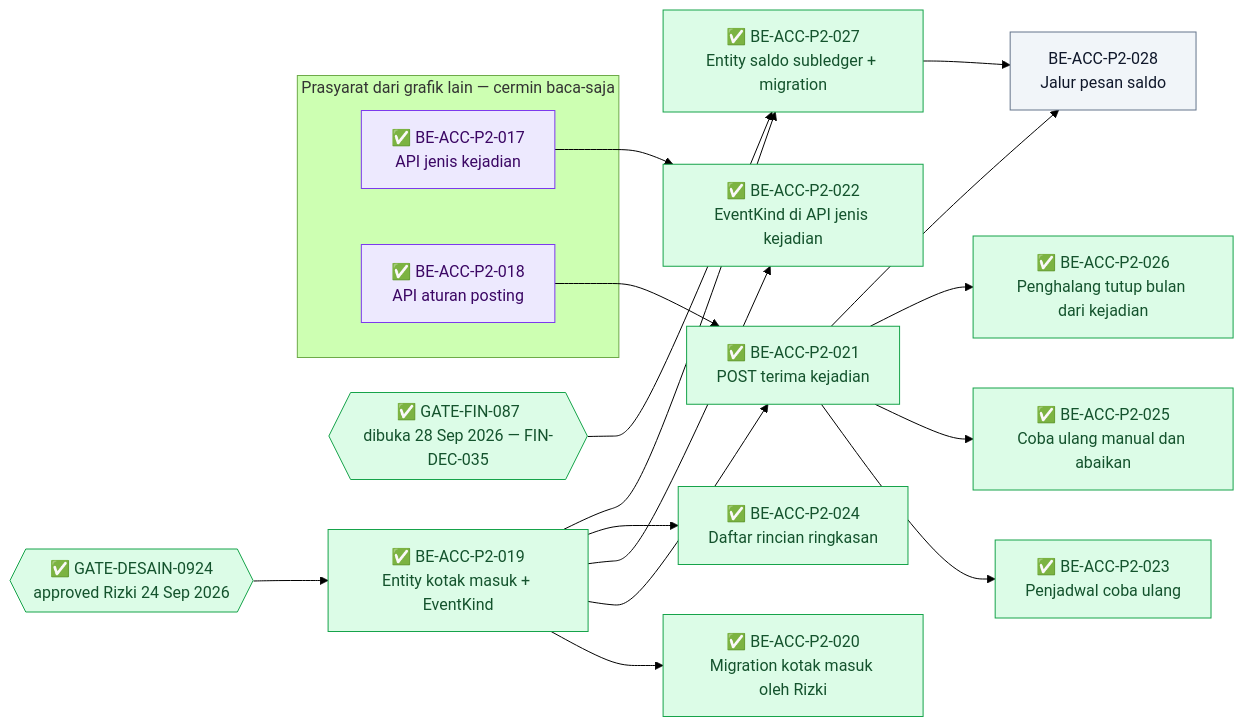
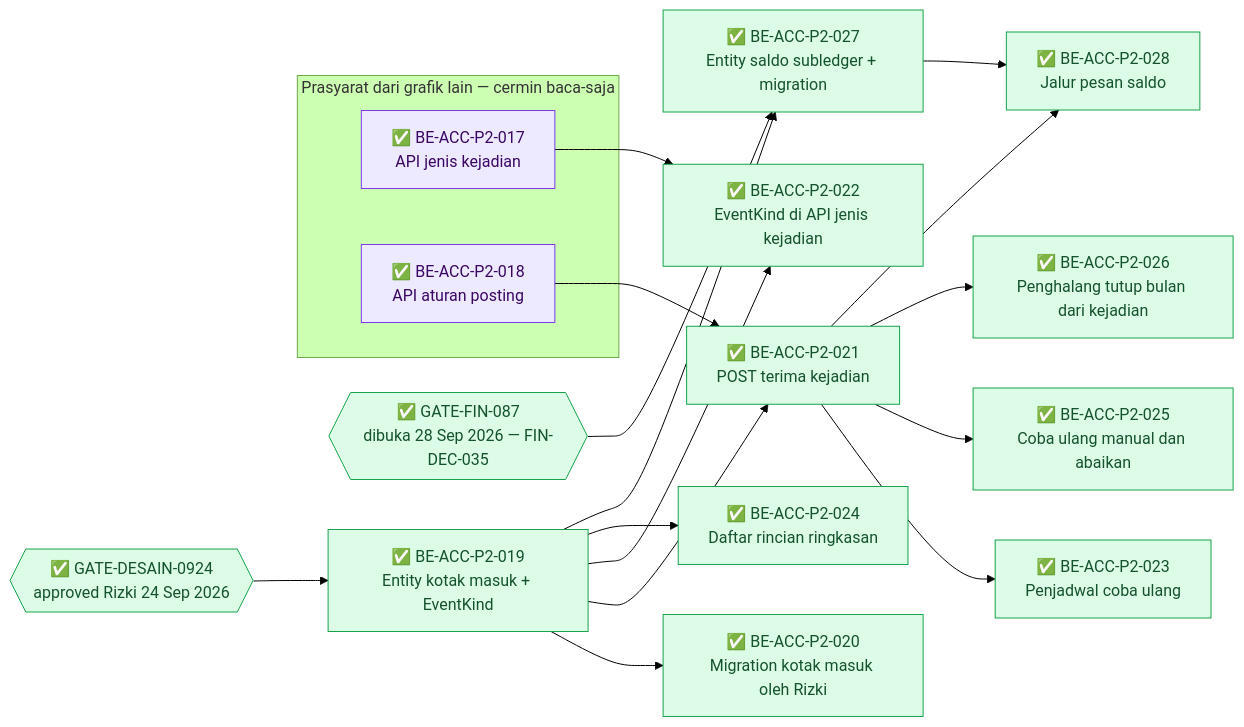
Before and after one commit to DevBenari/NewQuilvianSystemBackend: the fourth of 4 diagrams in docs/module-blueprints/accounting/roadmap/backend-roadmap-phase2.md, drawn with Mermaid (forest theme). The commit also changed other lines of this file and 9 other files, not shown here.

Commit message:
feat(accounting): BE-ACC-P2-028 jalur pesan saldo subledger selesai; roadmap BE rev5 / FE rev6

````diff
--- a/docs/module-blueprints/accounting/roadmap/backend-roadmap-phase2.md
+++ b/docs/module-blueprints/accounting/roadmap/backend-roadmap-phase2.md
@@ -696,42 +703,42 @@
 ```mermaid
 flowchart LR
     classDef selesai fill:#DCFCE7,stroke:#16A34A,color:#14532D
     classDef sebagian fill:#FEF9C3,stroke:#CA8A04,color:#713F12
     classDef terblokir fill:#FEE2E2,stroke:#DC2626,color:#7F1D1D
     classDef belum fill:#F1F5F9,stroke:#64748B,color:#0F172A
     classDef luar fill:#EDE9FE,stroke:#7C3AED,color:#3B0764
 
     subgraph cermin["Prasyarat dari grafik lain — cermin baca-saja"]
         MBEACCP2017["✅ BE-ACC-P2-017<br/>API jenis kejadian"]:::luar
         MBEACCP2018["✅ BE-ACC-P2-018<br/>API aturan posting"]:::luar
     end
 
     GDES{{"✅ GATE-DESAIN-0924<br/>approved Rizki 24 Sep 2026"}}:::selesai
     GFIN{{"✅ GATE-FIN-087<br/>dibuka 28 Sep 2026 — FIN-DEC-035"}}:::selesai
 
     BEACCP2019["✅ BE-ACC-P2-019<br/>Entity kotak masuk + EventKind"]:::selesai
     BEACCP2020["✅ BE-ACC-P2-020<br/>Migration kotak masuk oleh Rizki"]:::selesai
     BEACCP2021["✅ BE-ACC-P2-021<br/>POST terima kejadian"]:::selesai
     BEACCP2022["✅ BE-ACC-P2-022<br/>EventKind di API jenis kejadian"]:::selesai
     BEACCP2023["✅ BE-ACC-P2-023<br/>Penjadwal coba ulang"]:::selesai
     BEACCP2024["✅ BE-ACC-P2-024<br/>Daftar rincian ringkasan"]:::selesai
     BEACCP2025["✅ BE-ACC-P2-025<br/>Coba ulang manual dan abaikan"]:::selesai
     BEACCP2026["✅ BE-ACC-P2-026<br/>Penghalang tutup bulan dari kejadian"]:::selesai
     BEACCP2027["✅ BE-ACC-P2-027<br/>Entity saldo subledger + migration"]:::selesai
-    BEACCP2028["BE-ACC-P2-028<br/>Jalur pesan saldo"]:::belum
+    BEACCP2028["✅ BE-ACC-P2-028<br/>Jalur pesan saldo"]:::selesai
 
     GDES --> BEACCP2019
     BEACCP2019 --> BEACCP2020
     BEACCP2019 --> BEACCP2021
     MBEACCP2018 --> BEACCP2021
     BEACCP2019 --> BEACCP2022
     MBEACCP2017 --> BEACCP2022
     BEACCP2021 --> BEACCP2023
     BEACCP2019 --> BEACCP2024
     BEACCP2021 --> BEACCP2025
     BEACCP2021 --> BEACCP2026
     GFIN --> BEACCP2027
     BEACCP2019 --> BEACCP2027
     BEACCP2021 --> BEACCP2028
     BEACCP2027 --> BEACCP2028
 ```
````
